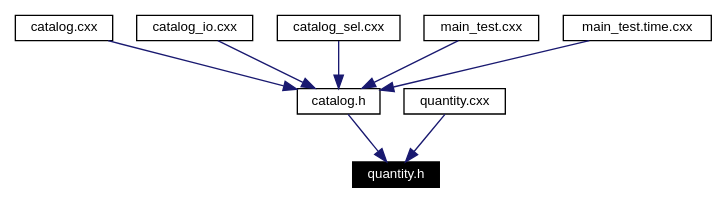
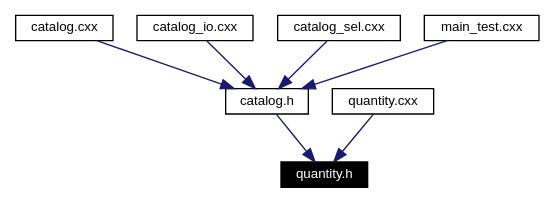
One commit to fermi-lat/catalogAccess changed the diagram in doc/doxy-html/quantity_8h__dep__incl.dot. Above: the diagram before and after it, drawn with Graphviz. The commit also changed 51 other files, not shown here.

```diff
--- a/doc/doxy-html/quantity_8h__dep__incl.dot
+++ b/doc/doxy-html/quantity_8h__dep__incl.dot
@@ -1,18 +1,16 @@
 digraph inheritance
 {
-  Node99 [shape="box",label="quantity.h",fontsize=10,height=0.2,width=0.4,fontname="Helvetica",color="black",style="filled" fontcolor="white"];
-  Node100 -> Node99 [color="midnightblue",fontsize=10,style="solid",fontname="Helvetica"];
-  Node100 [shape="box",label="catalog.h",fontsize=10,height=0.2,width=0.4,fontname="Helvetica",color="black",URL="$catalog_8h.html"];
-  Node101 -> Node100 [color="midnightblue",fontsize=10,style="solid",fontname="Helvetica"];
-  Node101 [shape="box",label="catalog.cxx",fontsize=10,height=0.2,width=0.4,fontname="Helvetica",color="black",URL="$catalog_8cxx.html"];
-  Node102 -> Node100 [color="midnightblue",fontsize=10,style="solid",fontname="Helvetica"];
-  Node102 [shape="box",label="catalog_io.cxx",fontsize=10,height=0.2,width=0.4,fontname="Helvetica",color="black",URL="$catalog__io_8cxx.html"];
-  Node103 -> Node100 [color="midnightblue",fontsize=10,style="solid",fontname="Helvetica"];
-  Node103 [shape="box",label="catalog_sel.cxx",fontsize=10,height=0.2,width=0.4,fontname="Helvetica",color="black",URL="$catalog__sel_8cxx.html"];
-  Node104 -> Node100 [color="midnightblue",fontsize=10,style="solid",fontname="Helvetica"];
-  Node104 [shape="box",label="main_test.cxx",fontsize=10,height=0.2,width=0.4,fontname="Helvetica",color="black",URL="$main__test_8cxx.html"];
-  Node105 -> Node100 [color="midnightblue",fontsize=10,style="solid",fontname="Helvetica"];
-  Node105 [shape="box",label="main_test.time.cxx",fontsize=10,height=0.2,width=0.4,fontname="Helvetica",color="black",URL="$main__test_8time_8cxx.html"];
-  Node106 -> Node99 [color="midnightblue",fontsize=10,style="solid",fontname="Helvetica"];
-  Node106 [shape="box",label="quantity.cxx",fontsize=10,height=0.2,width=0.4,fontname="Helvetica",color="black",URL="$quantity_8cxx.html"];
+  Node84 [shape="box",label="quantity.h",fontsize=10,height=0.2,width=0.4,fontname="Helvetica",color="black",style="filled" fontcolor="white"];
+  Node85 -> Node84 [color="midnightblue",fontsize=10,style="solid",fontname="Helvetica"];
+  Node85 [shape="box",label="catalog.h",fontsize=10,height=0.2,width=0.4,fontname="Helvetica",color="black",URL="$catalog_8h.html"];
+  Node86 -> Node85 [color="midnightblue",fontsize=10,style="solid",fontname="Helvetica"];
+  Node86 [shape="box",label="catalog.cxx",fontsize=10,height=0.2,width=0.4,fontname="Helvetica",color="black",URL="$catalog_8cxx.html"];
+  Node87 -> Node85 [color="midnightblue",fontsize=10,style="solid",fontname="Helvetica"];
+  Node87 [shape="box",label="catalog_io.cxx",fontsize=10,height=0.2,width=0.4,fontname="Helvetica",color="black",URL="$catalog__io_8cxx.html"];
+  Node88 -> Node85 [color="midnightblue",fontsize=10,style="solid",fontname="Helvetica"];
+  Node88 [shape="box",label="catalog_sel.cxx",fontsize=10,height=0.2,width=0.4,fontname="Helvetica",color="black",URL="$catalog__sel_8cxx.html"];
+  Node89 -> Node85 [color="midnightblue",fontsize=10,style="solid",fontname="Helvetica"];
+  Node89 [shape="box",label="main_test.cxx",fontsize=10,height=0.2,width=0.4,fontname="Helvetica",color="black",URL="$main__test_8cxx.html"];
+  Node90 -> Node84 [color="midnightblue",fontsize=10,style="solid",fontname="Helvetica"];
+  Node90 [shape="box",label="quantity.cxx",fontsize=10,height=0.2,width=0.4,fontname="Helvetica",color="black",URL="$quantity_8cxx.html"];
 }
```
